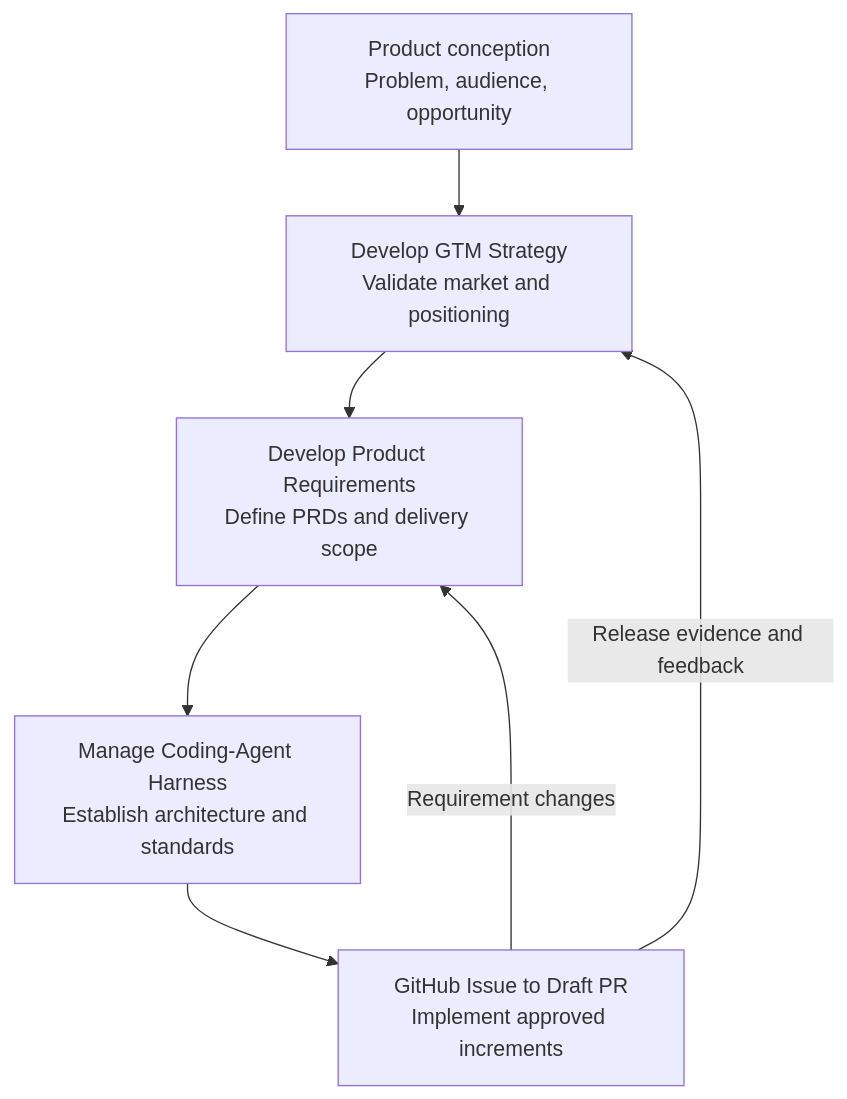
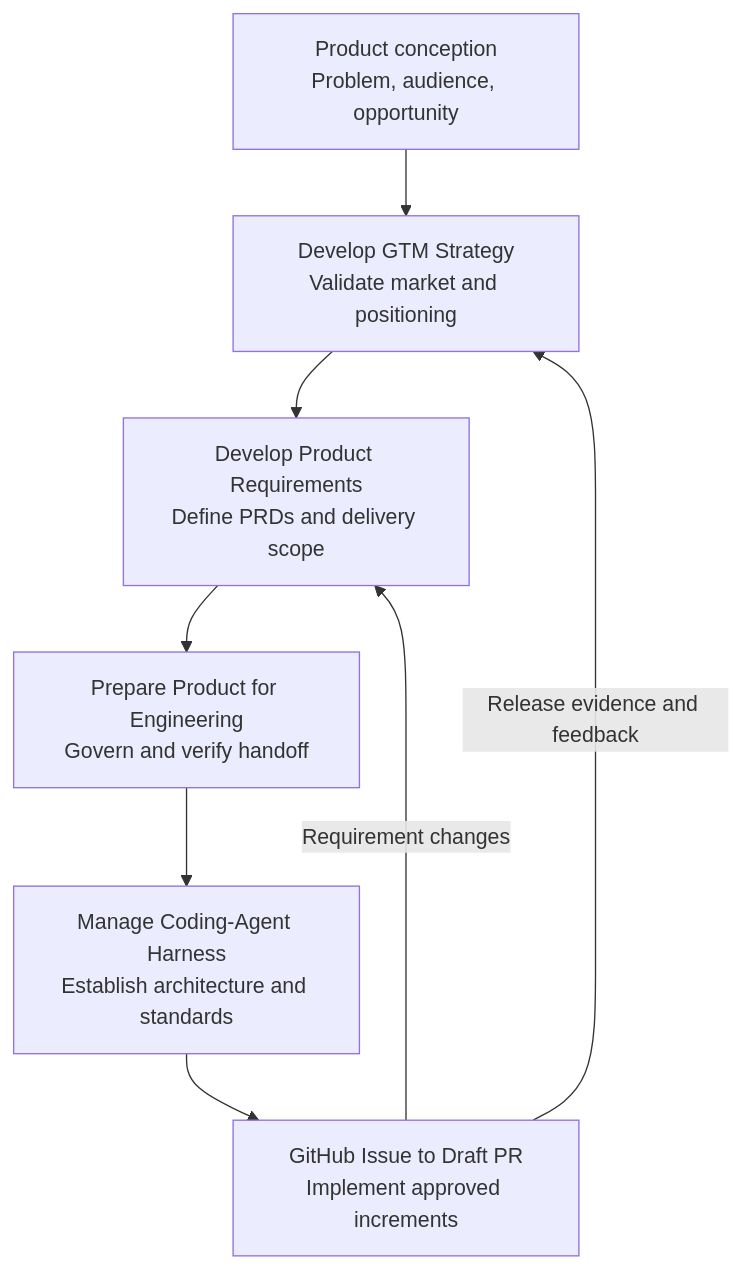
Before and after one commit to vladicaster/agent-skills: the diagram in README.md, drawn with Mermaid. The commit also changed other lines of this file, not shown here.

Commit message:
Propagate prepare-product-for-engineering through repository docs

````diff
--- a/README.md
+++ b/README.md
@@ -45,15 +47,17 @@
 ```mermaid
 flowchart TD
     A["Product conception<br/>Problem, audience, opportunity"]
     B["Develop GTM Strategy<br/>Validate market and positioning"]
     C["Develop Product Requirements<br/>Define PRDs and delivery scope"]
-    D["Manage Coding-Agent Harness<br/>Establish architecture and standards"]
-    E["GitHub Issue to Draft PR<br/>Implement approved increments"]
+    D["Prepare Product for Engineering<br/>Govern and verify handoff"]
+    E["Manage Coding-Agent Harness<br/>Establish architecture and standards"]
+    F["GitHub Issue to Draft PR<br/>Implement approved increments"]
 
     A --> B
     B --> C
     C --> D
     D --> E
-    E -->|Release evidence and feedback| B
-    E -->|Requirement changes| C
+    E --> F
+    F -->|Release evidence and feedback| B
+    F -->|Requirement changes| C
 ```
````
